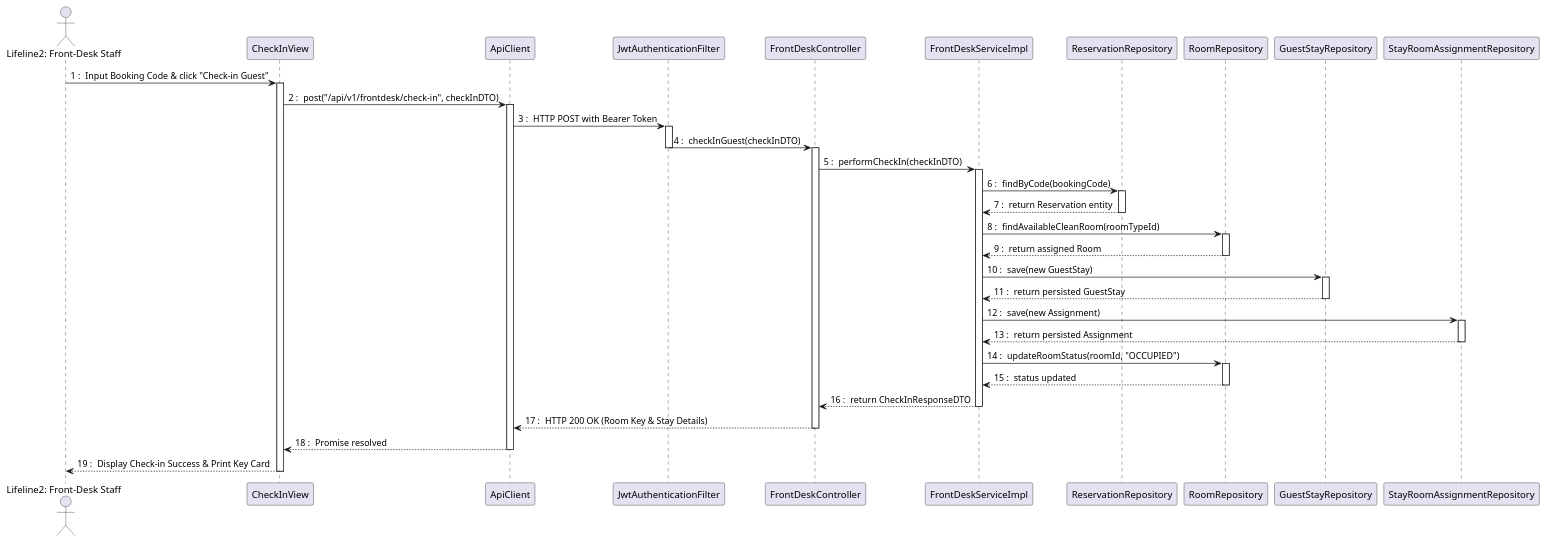
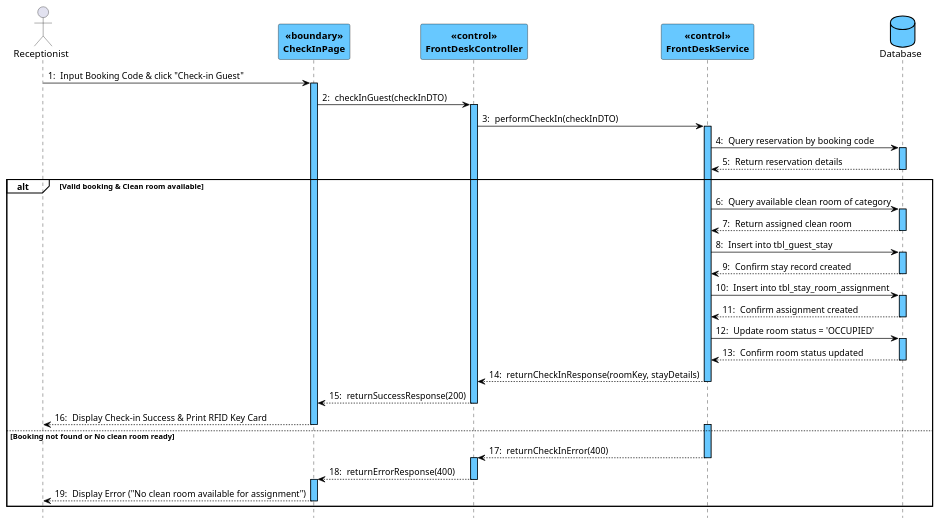
Before and after one commit to hieupeek/sba_doc: the fifth of 7 diagrams in docs/Class + Sequence/Sequence Diagram(s) (PlantUML).md, drawn with PlantUML. The commit also changed other lines of this file and 23 other files, not shown here.

Commit message:
docs: update class diagrams to association and sequence diagrams to COMET VP style

````diff
--- a/docs/Class + Sequence/Sequence Diagram(s) (PlantUML).md
+++ b/docs/Class + Sequence/Sequence Diagram(s) (PlantUML).md
@@ -271,70 +351,88 @@
 ```plantuml
 @startuml
 skinparam shadowed false
-autonumber 1 "0 : "
+autonumber 1 "0: "
+hide footbox
 
-actor "Lifeline2: Front-Desk Staff" as Staff
-participant CheckInView
-participant ApiClient
-participant JwtAuthenticationFilter
-participant FrontDeskController
-participant FrontDeskServiceImpl
-participant ReservationRepository
-participant RoomRepository
-participant GuestStayRepository
-participant StayRoomAssignmentRepository
+skinparam participantBackgroundColor #67C8FF
+skinparam participantBorderColor #000000
+skinparam participantFontColor #000000
+skinparam participantFontStyle bold
 
-Staff -> CheckInView : Input Booking Code & click "Check-in Guest"
-activate CheckInView
+skinparam databaseBackgroundColor #67C8FF
+skinparam databaseBorderColor #000000
+skinparam databaseFontColor #000000
 
-CheckInView -> ApiClient : post("/api/v1/frontdesk/check-in", checkInDTO)
-activate ApiClient
+skinparam sequenceLifeLineBackgroundColor #67C8FF
+skinparam sequenceLifeLineBorderColor #000000
+skinparam sequenceArrowColor #000000
 
-ApiClient -> JwtAuthenticationFilter : HTTP POST with Bearer Token
-activate JwtAuthenticationFilter
+skinparam SequenceGroupFontColor #000000
+skinparam SequenceGroupFontStyle bold
+skinparam SequenceGroupHeaderFontColor #000000
+skinparam SequenceGroupHeaderFontStyle bold
+skinparam SequenceGroupBorderColor #000000
+skinparam SequenceGroupBackgroundColor transparent
 
-JwtAuthenticationFilter -> FrontDeskController : checkInGuest(checkInDTO)
-deactivate JwtAuthenticationFilter
+actor Receptionist
+participant CheckInPage <<boundary>>
+participant FrontDeskController <<control>>
+participant FrontDeskService <<control>>
+database Database
+
+Receptionist -> CheckInPage : Input Booking Code & click "Check-in Guest"
+activate CheckInPage
+
+CheckInPage -> FrontDeskController : checkInGuest(checkInDTO)
 activate FrontDeskController
 
-FrontDeskController -> FrontDeskServiceImpl : performCheckIn(checkInDTO)
-activate FrontDeskServiceImpl
+FrontDeskController -> FrontDeskService : performCheckIn(checkInDTO)
+activate FrontDeskService
 
-FrontDeskServiceImpl -> ReservationRepository : findByCode(bookingCode)
-activate ReservationRepository
-ReservationRepository --> FrontDeskServiceImpl : return Reservation entity
-deactivate ReservationRepository
+FrontDeskService -> Database : Query reservation by booking code
+activate Database
+Database --> FrontDeskService : Return reservation details
+deactivate Database
 
-FrontDeskServiceImpl -> RoomRepository : findAvailableCleanRoom(roomTypeId)
-activate RoomRepository
-RoomRepository --> FrontDeskServiceImpl : return assigned Room
-deactivate RoomRepository
+alt Valid booking & Clean room available
+    FrontDeskService -> Database : Query available clean room of category
+    activate Database
+    Database --> FrontDeskService : Return assigned clean room
+    deactivate Database
 
-FrontDeskServiceImpl -> GuestStayRepository : save(new GuestStay)
-activate GuestStayRepository
-GuestStayRepository --> FrontDeskServiceImpl : return persisted GuestStay
-deactivate GuestStayRepository
+    FrontDeskService -> Database : Insert into tbl_guest_stay
+    activate Database
+    Database --> FrontDeskService : Confirm stay record created
+    deactivate Database
 
-FrontDeskServiceImpl -> StayRoomAssignmentRepository : save(new Assignment)
-activate StayRoomAssignmentRepository
-StayRoomAssignmentRepository --> FrontDeskServiceImpl : return persisted Assignment
-deactivate StayRoomAssignmentRepository
+    FrontDeskService -> Database : Insert into tbl_stay_room_assignment
+    activate Database
+    Database --> FrontDeskService : Confirm assignment created
+    deactivate Database
 
-FrontDeskServiceImpl -> RoomRepository : updateRoomStatus(roomId, "OCCUPIED")
-activate RoomRepository
-RoomRepository --> FrontDeskServiceImpl : status updated
-deactivate RoomRepository
+    FrontDeskService -> Database : Update room status = 'OCCUPIED'
+    activate Database
+    Database --> FrontDeskService : Confirm room status updated
+    deactivate Database
 
-FrontDeskServiceImpl --> FrontDeskController : return CheckInResponseDTO
-deactivate FrontDeskServiceImpl
+    FrontDeskService --> FrontDeskController : returnCheckInResponse(roomKey, stayDetails)
+    deactivate FrontDeskService
 
-FrontDeskController --> ApiClient : HTTP 200 OK (Room Key & Stay Details)
-deactivate FrontDeskController
+    FrontDeskController --> CheckInPage : returnSuccessResponse(200)
+    deactivate FrontDeskController
 
-ApiClient --> CheckInView : Promise resolved
-deactivate ApiClient
-
-CheckInView --> Staff : Display Check-in Success & Print Key Card
-deactivate CheckInView
+    CheckInPage --> Receptionist : Display Check-in Success & Print RFID Key Card
+    deactivate CheckInPage
+else Booking not found or No clean room ready
+    activate FrontDeskService
+    FrontDeskService --> FrontDeskController : returnCheckInError(400)
+    deactivate FrontDeskService
+    activate FrontDeskController
+    FrontDeskController --> CheckInPage : returnErrorResponse(400)
+    deactivate FrontDeskController
+    activate CheckInPage
+    CheckInPage --> Receptionist : Display Error ("No clean room available for assignment")
+    deactivate CheckInPage
+end
 @enduml
 ```
````
